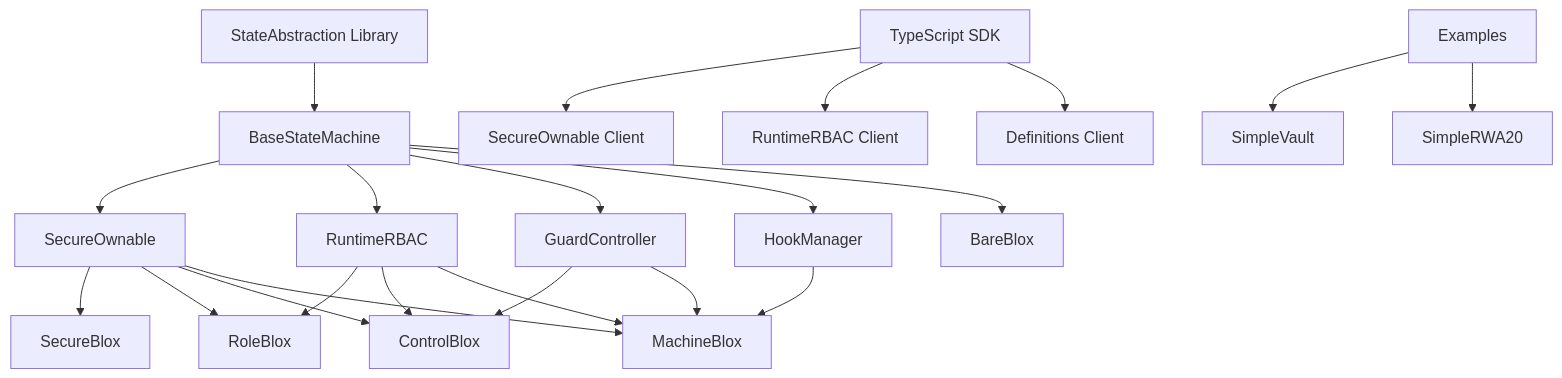
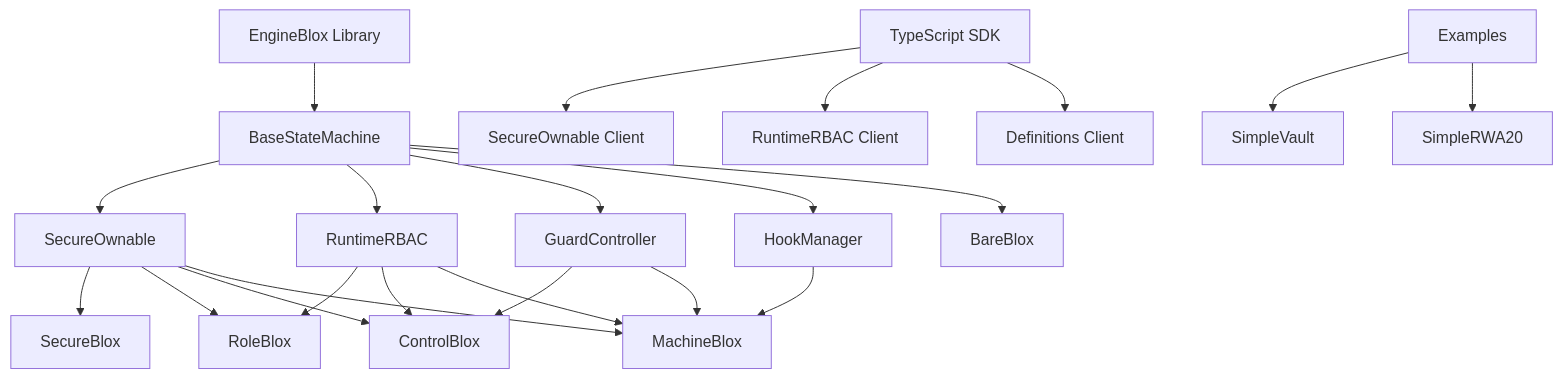
Before and after one commit to PracticalParticle/Bloxchain-Protocol: the diagram in README.md, drawn with Mermaid. The commit also changed other lines of this file and 110 other files, not shown here.

First line of the commit message:
Rename StateAbstraction to EngineBlox across codebase

````diff
--- a/README.md
+++ b/README.md
@@ -34,27 +34,27 @@
 ```mermaid
 graph TB
-    A[StateAbstraction Library] --> B[BaseStateMachine]
+    A[EngineBlox Library] --> B[BaseStateMachine]
     B --> C[SecureOwnable]
     B --> D[RuntimeRBAC]
     B --> E[GuardController]
     B --> F[HookManager]
     
     C --> G[SecureBlox]
     D --> H[RoleBlox]
     C --> H
     E --> I[ControlBlox]
     D --> I
     C --> I
     E --> J[MachineBlox]
     D --> J
     C --> J
     F --> J
     B --> K[BareBlox]
     
     L[TypeScript SDK] --> M[SecureOwnable Client]
     L --> N[RuntimeRBAC Client]
     L --> O[Definitions Client]
     
     P[Examples] --> Q[SimpleVault]
     P --> R[SimpleRWA20]
 ```
````
